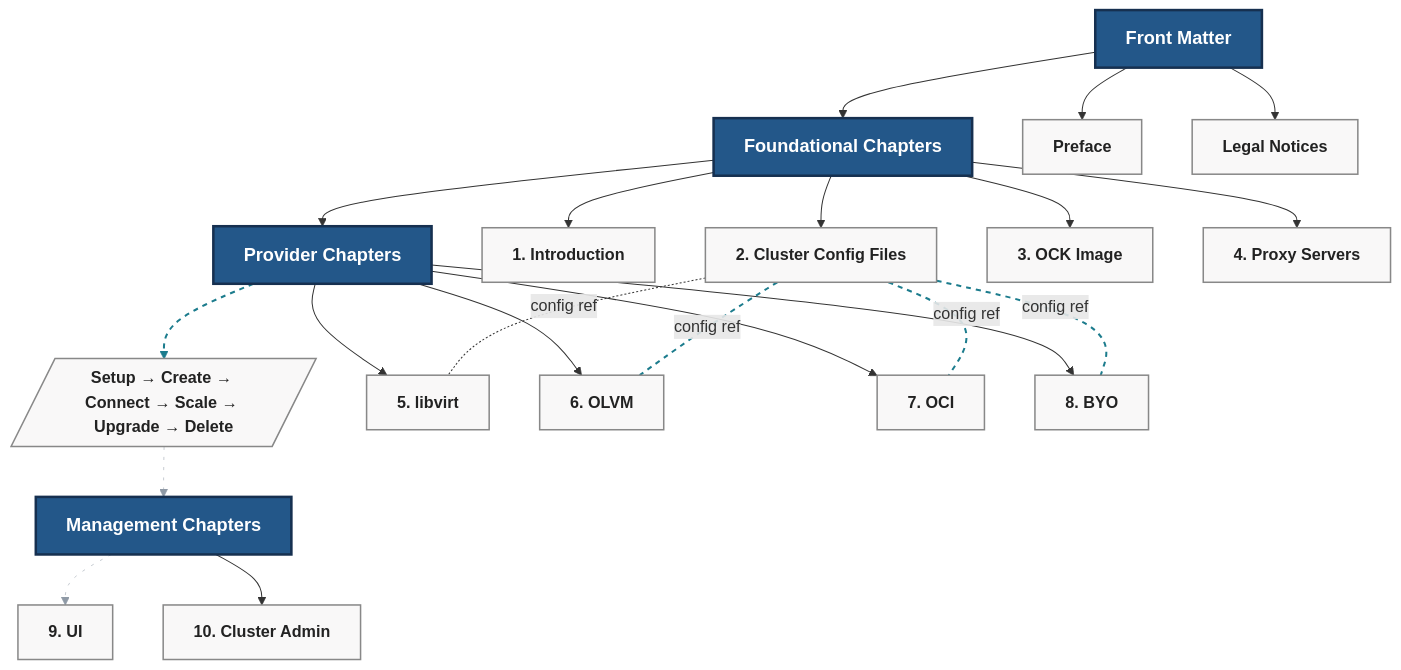
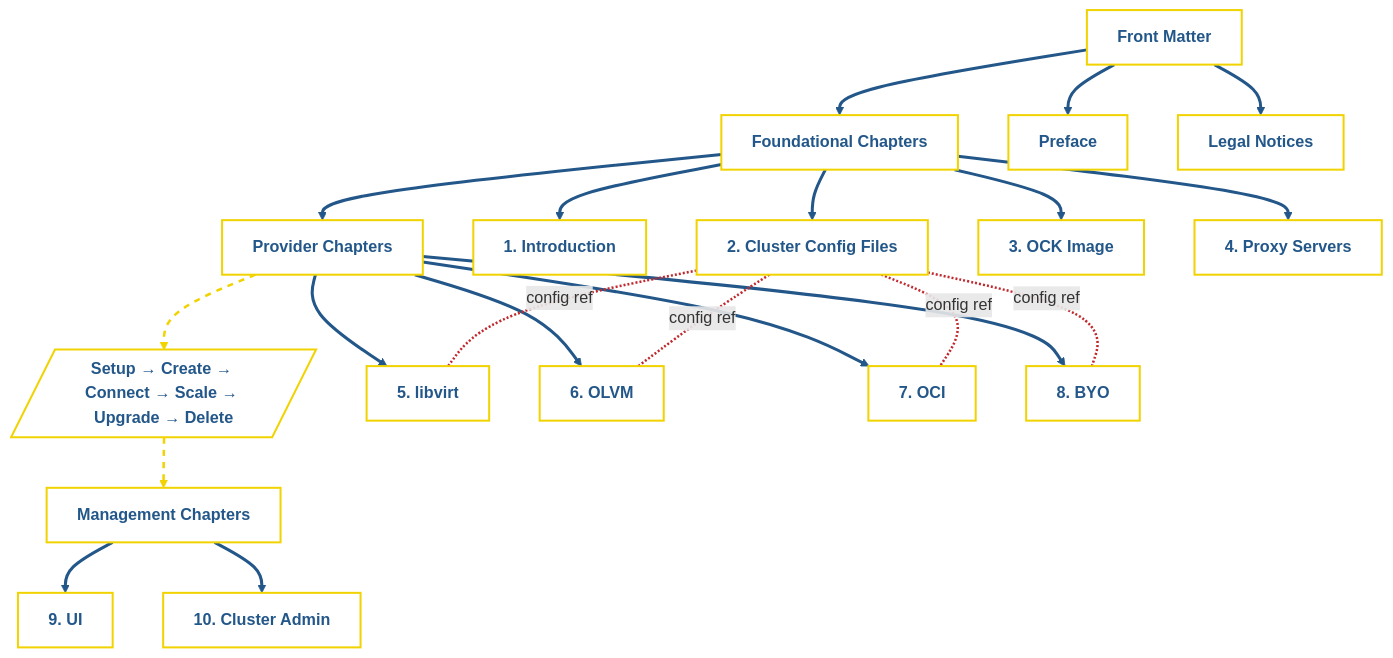
The diagram in _portfolio/ocne2_kubernetes_clusters.md (alison-holloway/alison-holloway.github.io), drawn with Mermaid before and after one commit. The commit also changed 3 other files, not shown here.

First line of the commit message:
Add Mermaid diagram formatting system and apply new template styling

````diff
--- a/_portfolio/ocne2_kubernetes_clusters.md
+++ b/_portfolio/ocne2_kubernetes_clusters.md
@@ -117,74 +117,56 @@
 ```mermaid
-%%{init: {
-  "theme": "default",
-  "themeVariables": {
-    "fontFamily": "sans-serif",
-    "fontSize": "16px",
-    "darkMode": true
-  }
-}}%%
 flowchart TB
   %% Section headers as boxes
   FrontSection["Front Matter"]
   FoundSection["Foundational Chapters"]
   ProvSection["Provider Chapters"]
   ProvFlowSection["Provider Workflow"]
   MgmtSection["Management Chapters"]
-
   %% Front Matter
   P["Preface"]
   L["Legal Notices"]
   FrontSection --> P
   FrontSection --> L
   FrontSection --> FoundSection
-
   %% Foundational Chapters
   C1["1. Introduction"]
   C2["2. Cluster Config Files"]
   C3["3. OCK Image"]
   C4["4. Proxy Servers"]
   FoundSection --> C1
   FoundSection --> C2
   FoundSection --> C3
   FoundSection --> C4
   FoundSection --> ProvSection
-
   %% Provider Chapters (side by side)
   C5["5. libvirt"]
   C6["6. OLVM"]
   C7["7. OCI"]
   C8["8. BYO"]
   ProvSection --> C5
   ProvSection --> C6
   ProvSection --> C7
   ProvSection --> C8
-
   %% Config cross-references (dotted)
   C2 -. "config ref" .- C5
   C2 -. "config ref" .- C6
   C2 -. "config ref" .- C7
   C2 -. "config ref" .- C8
-
   %% Provider Workflow (right of Provider Chapters)
   ProvSection -.-> ProvFlowSection
   ProvFlowSection[/"Setup → Create → Connect → Scale → Upgrade → Delete"/]
-
   %% Now to place Management right of Provider Workflow ---
   ProvFlowSection -.-> MgmtSection
   C9["9. UI"]
   C10["10. Cluster Admin"]
   MgmtSection --> C9
   MgmtSection --> C10
-
   %% STYLE section headers and content nodes
-  classDef sectionHdr fill:#235789,stroke:#163050,stroke-width:2.5px,color:#fff,font-size:18px,font-weight:bold
-  classDef chapter fill:#F9F8F8,stroke:#888,stroke-width:1.5px,color:#222,font-size:16px,font-weight:bold
-  class FrontSection,FoundSection,ProvSection,ProvFlowSection,MgmtSection sectionHdr
-  class P,L,C1,C2,C3,C4,C5,C6,C7,C8,C9,C10 chapter
-  class ProvFlowSection chapter
-
+  classDef chapter fill:#fff,stroke:#F1D302,stroke-width:2px,color:#235789,font-size:16px,font-weight:bold;
+  classDef workflowNode fill:#fff,stroke:#C1292E,stroke-width:2px,color:#235789,font-size:16px,font-weight:bold;
+  class C1,C10,C2,C3,C4,C5,C6,C7,C8,C9,FoundSection,FrontSection,L,MgmtSection,P,ProvFlowSection,ProvSection chapter;
   %% link styles for dotted and spacing
-  linkStyle 13,14,15,16 stroke-width:2px,stroke-dasharray:5 5,stroke:#1C7C8D
-  linkStyle 17 stroke-width:0.5px,stroke-dasharray:3 7,stroke:#8F9AA6
-  linkStyle 18 stroke-width:0.5px,stroke-dasharray:3 7,stroke:#8F9AA6
+  linkStyle 0,1,2,3,4,5,6,7,8,9,10,11,18,19 stroke:#235789,stroke-width:3px;
+  linkStyle 16,17 stroke:#F1D302,stroke-width:2.5px,stroke-dasharray:6,5;
+  linkStyle 12,13,14,15 stroke:#C1292E,stroke-width:2.5px,stroke-dasharray:2,5;
 ```
````
